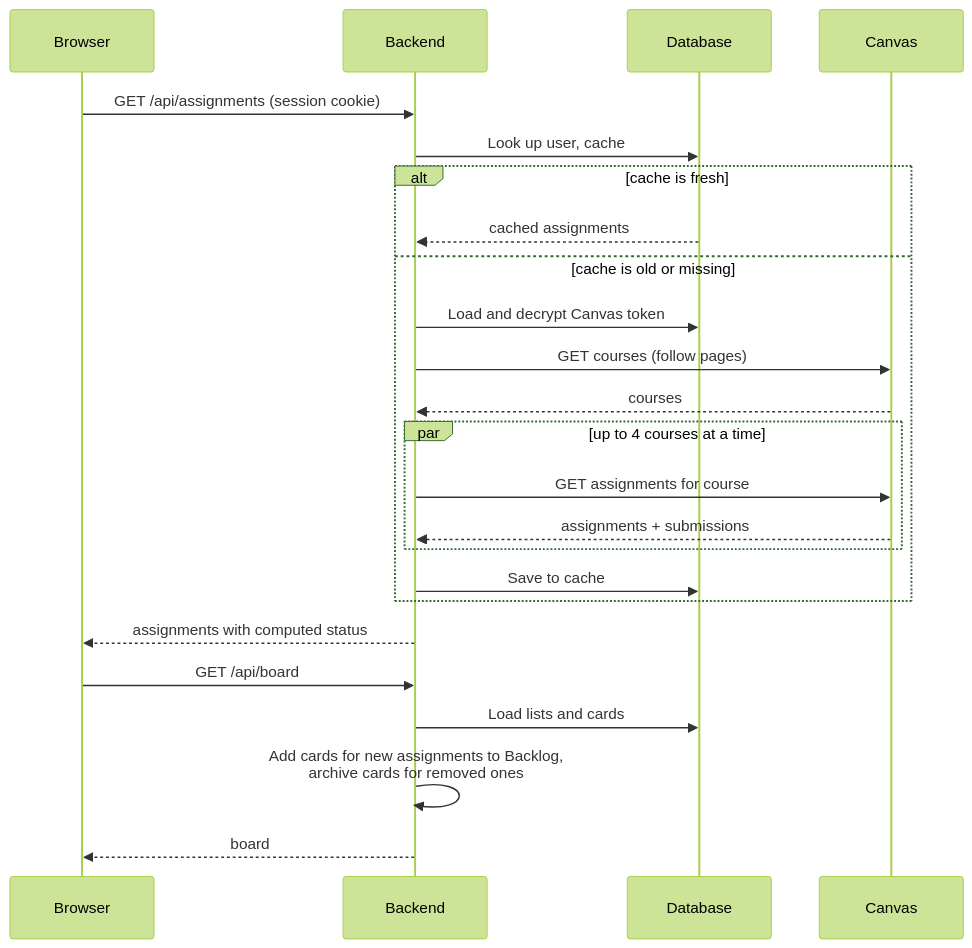
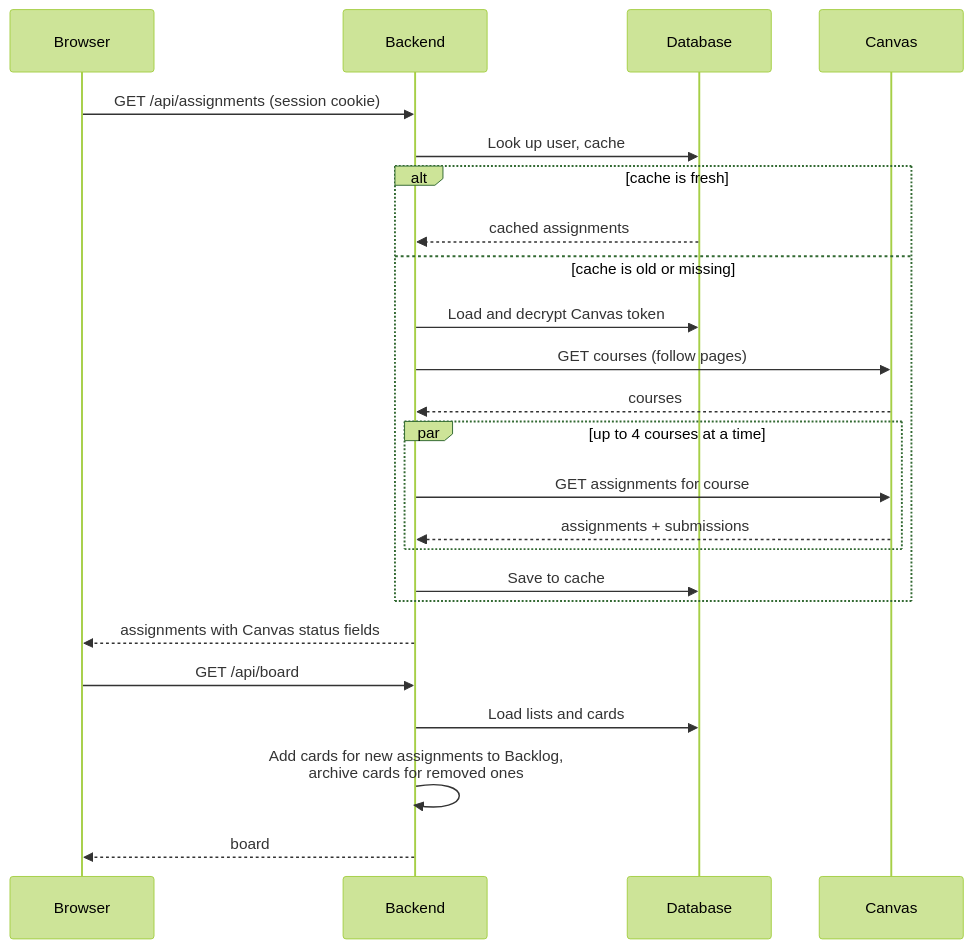
Before and after one commit to bbranton/TestProj: the fourth of 5 diagrams in docs/canvas-portal/03-design.md, drawn with Mermaid (forest theme). The commit also changed other lines of this file and 4 other files, not shown here.

First line of the commit message:
Show only statuses that map to a single Canvas field (FR-23); computed statuses to Phase 5

````diff
--- a/docs/canvas-portal/03-design.md
+++ b/docs/canvas-portal/03-design.md
@@ -316,27 +316,27 @@
 ```mermaid
 sequenceDiagram
     participant B as Browser
     participant A as Backend
     participant D as Database
     participant C as Canvas
 
     B->>A: GET /api/assignments (session cookie)
     A->>D: Look up user, cache
     alt cache is fresh
         D-->>A: cached assignments
     else cache is old or missing
         A->>D: Load and decrypt Canvas token
         A->>C: GET courses (follow pages)
         C-->>A: courses
         par up to 4 courses at a time
             A->>C: GET assignments for course
             C-->>A: assignments + submissions
         end
         A->>D: Save to cache
     end
-    A-->>B: assignments with computed status
+    A-->>B: assignments with Canvas status fields
     B->>A: GET /api/board
     A->>D: Load lists and cards
     A->>A: Add cards for new assignments to Backlog,<br/>archive cards for removed ones
     A-->>B: board
 ```
````
